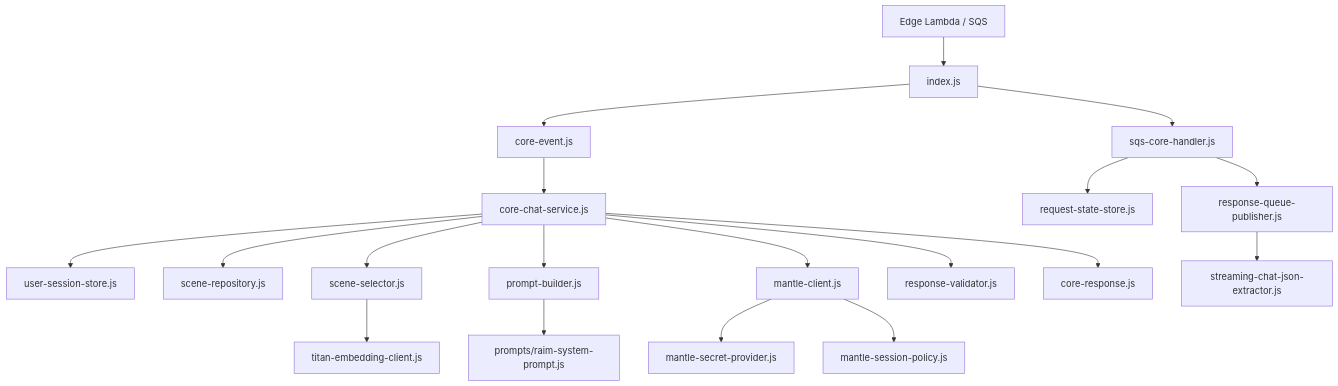
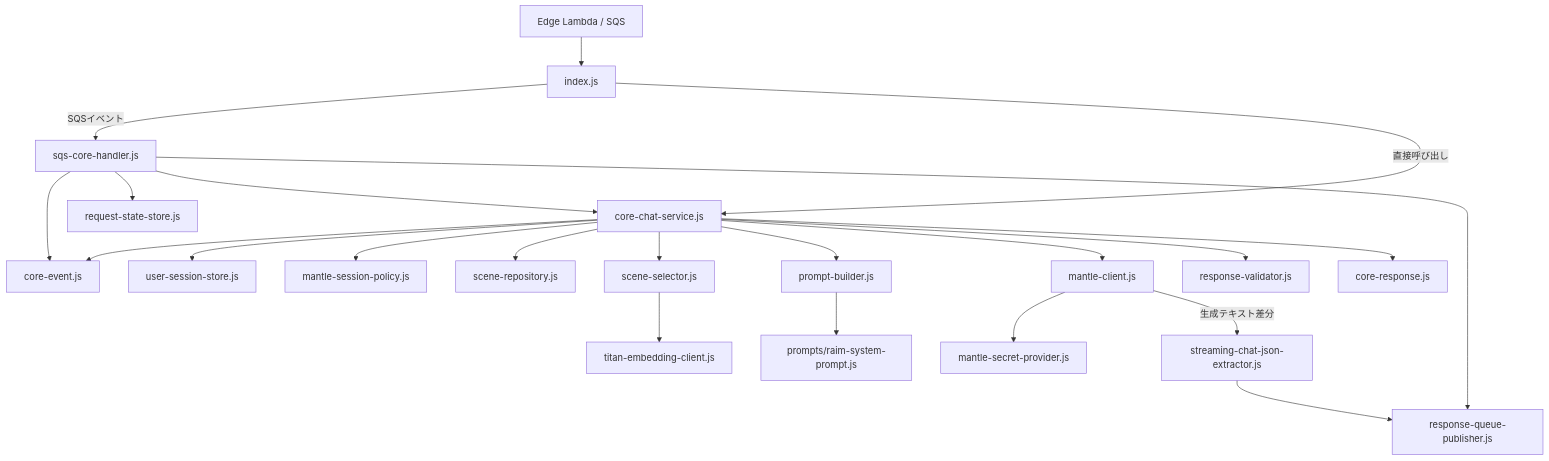
Before and after one commit to Andodazo/raim_aws: the diagram in raim_core_lambda/FILES.md, drawn with Mermaid. The commit also changed other lines of this file and 1 other file, not shown here.

Commit message:
Fix file architecture

````diff
--- a/raim_core_lambda/FILES.md
+++ b/raim_core_lambda/FILES.md
@@ -63,21 +65,24 @@
 ```mermaid
 flowchart TD
   A["Edge Lambda / SQS"] --> B["index.js"]
-  B --> C["core-event.js"]
-  C --> D["core-chat-service.js"]
+  B -->|直接呼び出し| D["core-chat-service.js"]
+  B -->|SQSイベント| P["sqs-core-handler.js"]
+  D --> C["core-event.js"]
   D --> E["user-session-store.js"]
+  D --> M["mantle-session-policy.js"]
   D --> F["scene-repository.js"]
   D --> G["scene-selector.js"]
   G --> H["titan-embedding-client.js"]
   D --> I["prompt-builder.js"]
   I --> J["prompts/raim-system-prompt.js"]
   D --> K["mantle-client.js"]
   K --> L["mantle-secret-provider.js"]
-  K --> M["mantle-session-policy.js"]
   D --> N["response-validator.js"]
   D --> O["core-response.js"]
-  B --> P["sqs-core-handler.js"]
+  P --> C
+  P --> D
   P --> Q["request-state-store.js"]
   P --> R["response-queue-publisher.js"]
-  R --> S["streaming-chat-json-extractor.js"]
+  K -->|生成テキスト差分| S["streaming-chat-json-extractor.js"]
+  S --> R
 ```
````
